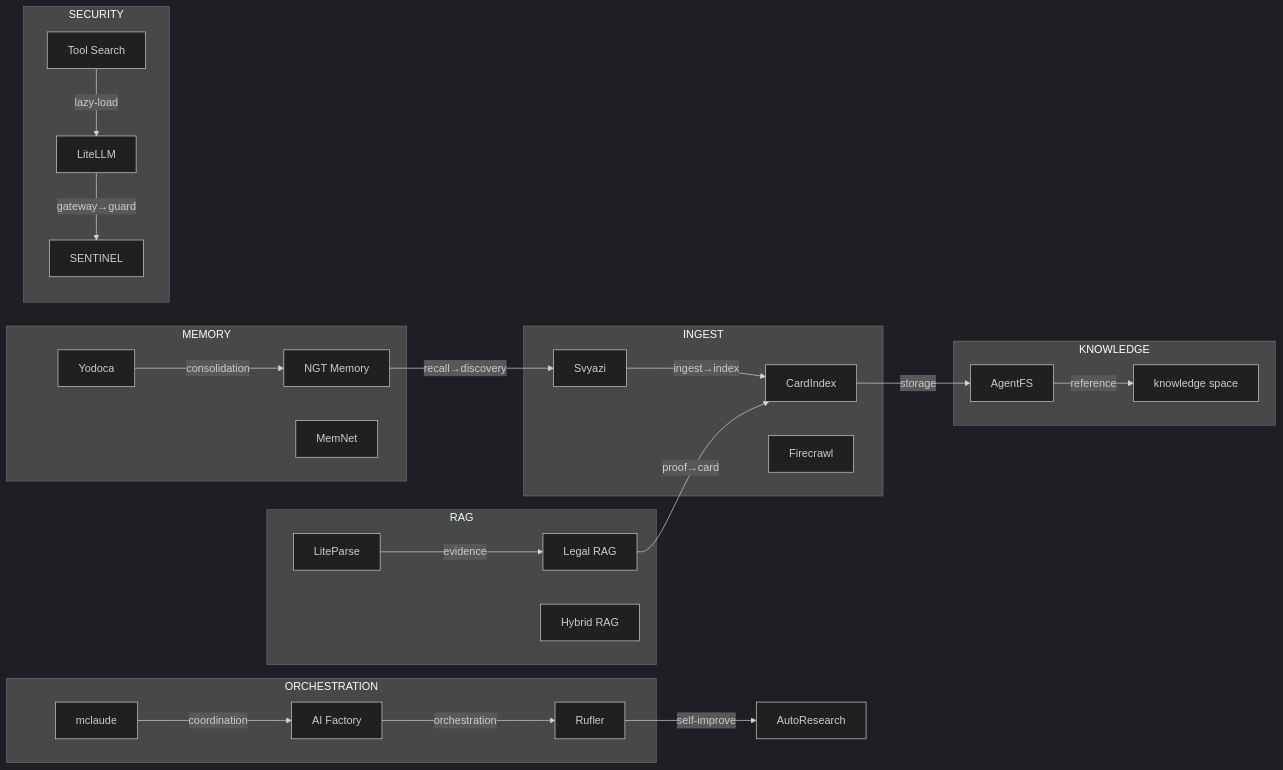
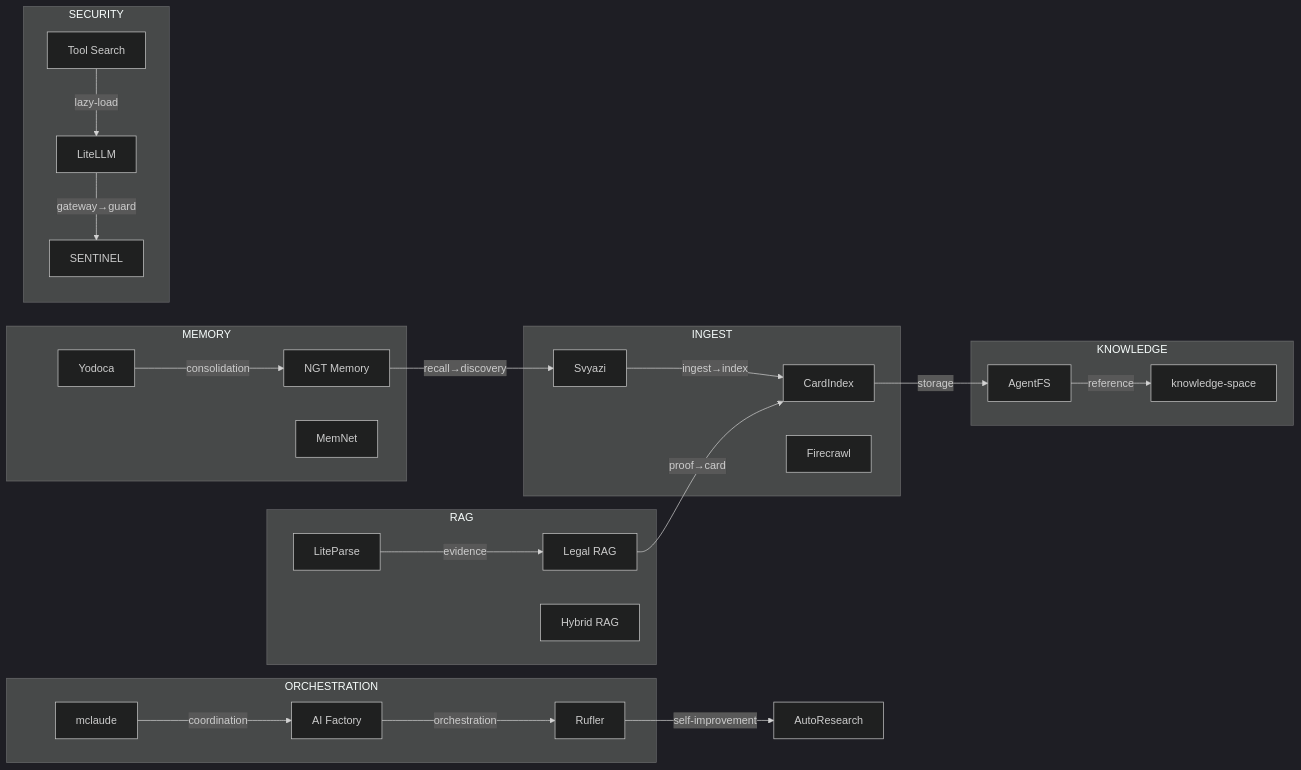
The second of 2 diagrams in docs/MINDMAP.md (svend4/lorenzo), drawn with Mermaid (dark theme) before and after one commit. The commit also changed 126 other files, not shown here.

````diff
--- a/docs/MINDMAP.md
+++ b/docs/MINDMAP.md
@@ -56,44 +56,44 @@
 ```mermaid
 flowchart LR
   subgraph INGEST
     Svyazi[Svyazi]
     CardIndex[CardIndex]
     Firecrawl[Firecrawl]
   end
   subgraph KNOWLEDGE
     AgentFS[AgentFS]
-    knowledge_space[knowledge space]
+    knowledge-space[knowledge-space]
   end
   subgraph MEMORY
     Yodoca[Yodoca]
     NGT_Memory[NGT Memory]
     MemNet[MemNet]
   end
   subgraph RAG
     LiteParse[LiteParse]
     Legal_RAG[Legal RAG]
     Hybrid_RAG[Hybrid RAG]
   end
   subgraph ORCHESTRATION
     mclaude[mclaude]
     AI_Factory[AI Factory]
     Rufler[Rufler]
   end
   subgraph SECURITY
     LiteLLM[LiteLLM]
     SENTINEL[SENTINEL]
     Tool_Search[Tool Search]
   end
   Svyazi -->|ingest→index| CardIndex
   CardIndex -->|storage| AgentFS
-  AgentFS -->|reference| knowledge_space
+  AgentFS -->|reference| knowledge-space
   Yodoca -->|consolidation| NGT_Memory
   NGT_Memory -->|recall→discovery| Svyazi
   LiteParse -->|evidence| Legal_RAG
   Legal_RAG -->|proof→card| CardIndex
   mclaude -->|coordination| AI_Factory
   AI_Factory -->|orchestration| Rufler
-  Rufler -->|self-improve| AutoResearch
+  Rufler -->|self-improvement| AutoResearch
   LiteLLM -->|gateway→guard| SENTINEL
   Tool_Search -->|lazy-load| LiteLLM
 ```
````
